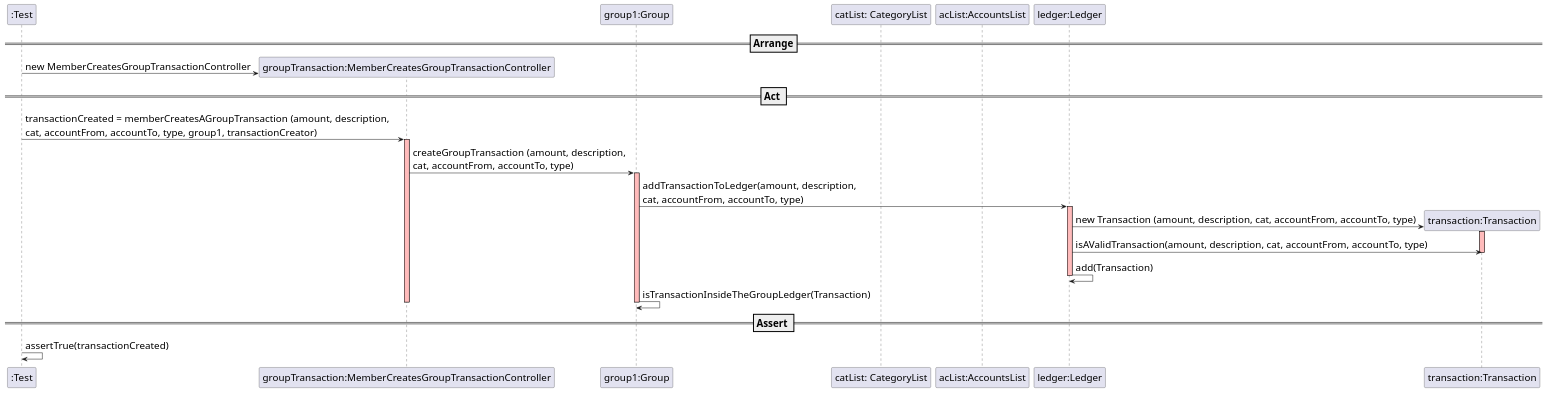
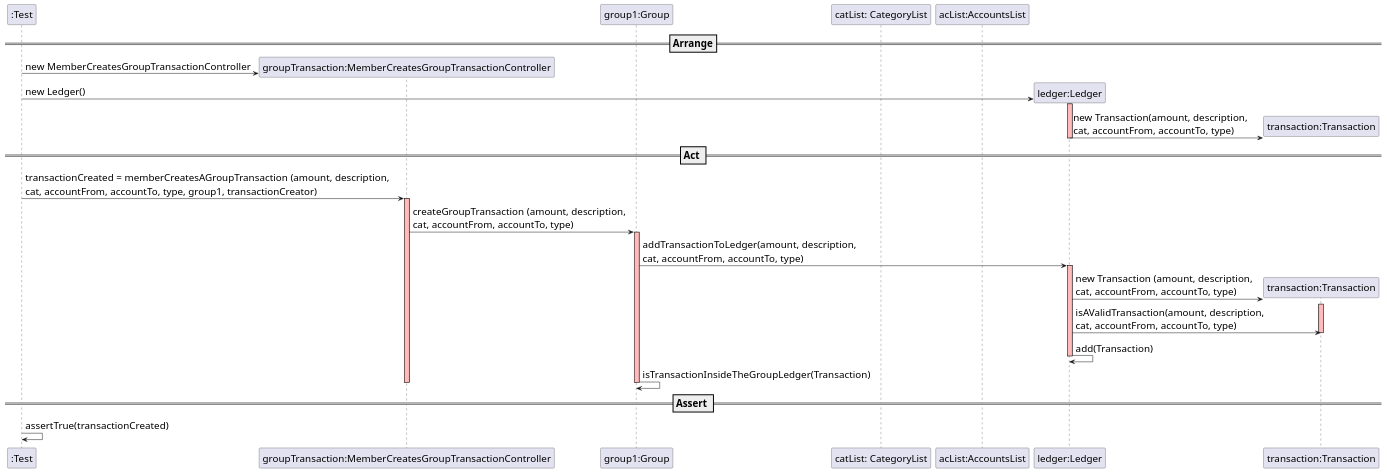
Before and after one commit to mleitaoribeiro/DevOpsMaven: the diagram in docs/SequenceDiagram - US008.1.puml, drawn with PlantUML. The commit also changed 1 other file, not shown here.

```diff
--- a/docs/SequenceDiagram - US008.1.puml
+++ b/docs/SequenceDiagram - US008.1.puml
@@ -1,46 +1,53 @@
 @startuml
 
 skinparam DefaultFontSize 20
 
 create ":Test"
 
 ==Arrange==
 create "groupTransaction:MemberCreatesGroupTransactionController"
 ":Test" -> "groupTransaction:MemberCreatesGroupTransactionController" : new MemberCreatesGroupTransactionController
 
 participant "group1:Group"
 participant "catList: CategoryList"
 participant "acList:AccountsList"
-participant "ledger:Ledger"
+
+create "ledger:Ledger"
+":Test" -> "ledger:Ledger" : new Ledger()
+activate "ledger:Ledger" #FFBBBB
+
+create "transaction:Transaction"
+"ledger:Ledger" -> "transaction:Transaction" : new Transaction(amount, description, \ncat, accountFrom, accountTo, type)
+deactivate "ledger:Ledger" #FFBBBB
 
 == Act ==
 
 ":Test" -> "groupTransaction:MemberCreatesGroupTransactionController" : transactionCreated = memberCreatesAGroupTransaction (amount, description, \ncat, accountFrom, accountTo, type, group1, transactionCreator)
 activate "groupTransaction:MemberCreatesGroupTransactionController"  #FFBBBB
 
 "groupTransaction:MemberCreatesGroupTransactionController" -> "group1:Group" : createGroupTransaction (amount, description, \ncat, accountFrom, accountTo, type)
 activate "group1:Group"  #FFBBBB
 
 "group1:Group" -> "ledger:Ledger" : addTransactionToLedger(amount, description, \ncat, accountFrom, accountTo, type)
 activate "ledger:Ledger"  #FFBBBB
 
 create "transaction:Transaction"
-"ledger:Ledger" -> "transaction:Transaction" : new Transaction (amount, description, cat, accountFrom, accountTo, type)
+"ledger:Ledger" -> "transaction:Transaction" : new Transaction (amount, description, \ncat, accountFrom, accountTo, type)
 activate "transaction:Transaction"  #FFBBBB
 
-"ledger:Ledger" -> "transaction:Transaction" : isAValidTransaction(amount, description, cat, accountFrom, accountTo, type)
+"ledger:Ledger" -> "transaction:Transaction" : isAValidTransaction(amount, description, \ncat, accountFrom, accountTo, type)
 deactivate "transaction:Transaction"  #FFBBBB
 
 "ledger:Ledger" -> "ledger:Ledger": add(Transaction)
 deactivate "ledger:Ledger"  #FFBBBB
 
 "group1:Group" -> "group1:Group" : isTransactionInsideTheGroupLedger(Transaction)
 
 deactivate "group1:Group"  #FFBBBB
 deactivate "groupTransaction:MemberCreatesGroupTransactionController" #FFBBBB
 
 == Assert ==
 
 ":Test" -> ":Test" : assertTrue(transactionCreated)
 
 @enduml
```
